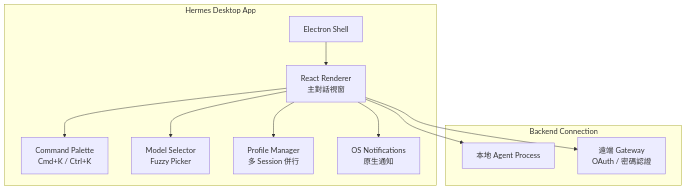
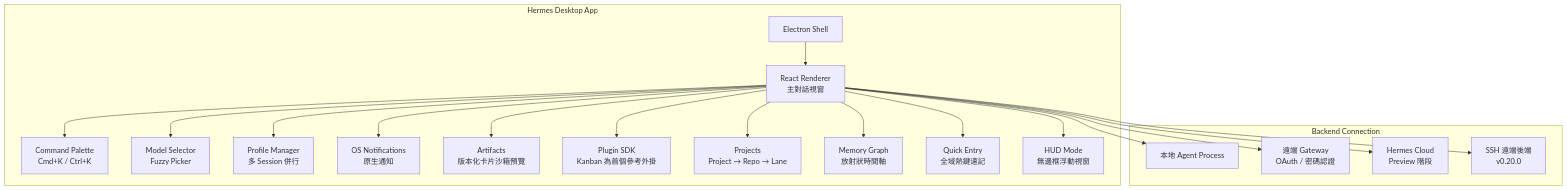
Before and after one commit to chihhung/Blog: diagram 24 of 24 in content/posts/教學/AI開發/Hermes Agent生態系教學手冊.md, drawn with Mermaid. The commit also changed other lines of this file and 6 other files, not shown here.

````diff
--- a/content/posts/教學/AI開發/Hermes Agent生態系教學手冊.md
+++ b/content/posts/教學/AI開發/Hermes Agent生態系教學手冊.md
@@ -5068,24 +5530,40 @@
 ```mermaid
 graph TB
     subgraph "Hermes Desktop App"
         ELEC[Electron Shell]
         RENDER[React Renderer<br/>主對話視窗]
         CMD[Command Palette<br/>Cmd+K / Ctrl+K]
         MODEL[Model Selector<br/>Fuzzy Picker]
         PROFILE[Profile Manager<br/>多 Session 併行]
         NOTIFY[OS Notifications<br/>原生通知]
+        ART[Artifacts<br/>版本化卡片沙箱預覽]
+        SDK[Plugin SDK<br/>Kanban 為首個參考外掛]
+        PROJ[Projects<br/>Project → Repo → Lane]
+        MGRAPH[Memory Graph<br/>放射狀時間軸]
+        QE[Quick Entry<br/>全域熱鍵速記]
+        HUD[HUD Mode<br/>無邊框浮動視窗]
     end
     
     subgraph "Backend Connection"
         LOCAL[本地 Agent Process]
         REMOTE[遠端 Gateway<br/>OAuth / 密碼認證]
+        CLOUD[Hermes Cloud<br/>Preview 階段]
+        SSH_B[SSH 遠端後端<br/>v0.20.0]
     end
     
     ELEC --> RENDER
     RENDER --> CMD
     RENDER --> MODEL
     RENDER --> PROFILE
     RENDER --> NOTIFY
+    RENDER --> ART
+    RENDER --> SDK
+    RENDER --> PROJ
+    RENDER --> MGRAPH
+    RENDER --> QE
+    RENDER --> HUD
     RENDER --> LOCAL
     RENDER --> REMOTE
+    RENDER --> CLOUD
+    RENDER --> SSH_B
 ```
````
